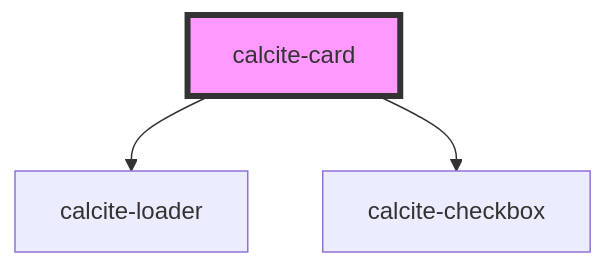
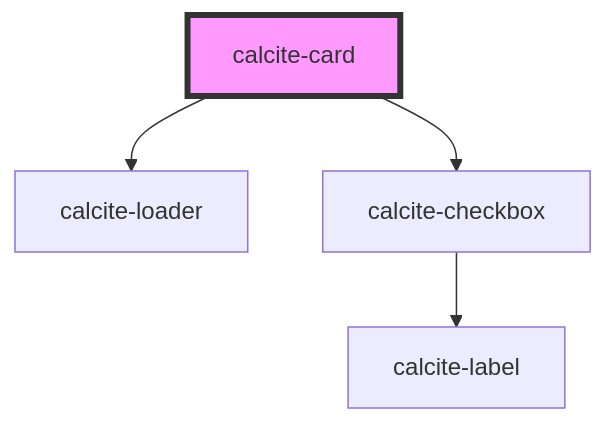
The diagram in src/components/calcite-card/readme.md (vikivakarvc/calcite-design-system), drawn with Mermaid before and after one commit. The commit also changed 8 other files, not shown here.

````diff
--- a/src/components/calcite-card/readme.md
+++ b/src/components/calcite-card/readme.md
@@ -29,6 +29,7 @@
 ```mermaid
 graph TD;
   calcite-card --> calcite-loader
   calcite-card --> calcite-checkbox
+  calcite-checkbox --> calcite-label
   style calcite-card fill:#f9f,stroke:#333,stroke-width:4px
 ```
````
